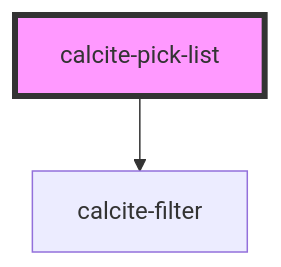
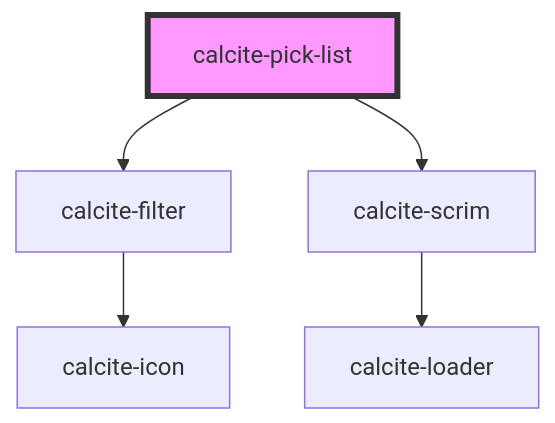
Before and after one commit to Esri/calcite-design-system: the diagram in src/components/calcite-pick-list/readme.md, drawn with Mermaid. The commit also changed other lines of this file and 27 other files, not shown here.

````diff
--- a/src/components/calcite-pick-list/readme.md
+++ b/src/components/calcite-pick-list/readme.md
@@ -165,5 +166,8 @@
 ```mermaid
 graph TD;
   calcite-pick-list --> calcite-filter
+  calcite-pick-list --> calcite-scrim
+  calcite-filter --> calcite-icon
+  calcite-scrim --> calcite-loader
   style calcite-pick-list fill:#f9f,stroke:#333,stroke-width:4px
 ```
````
